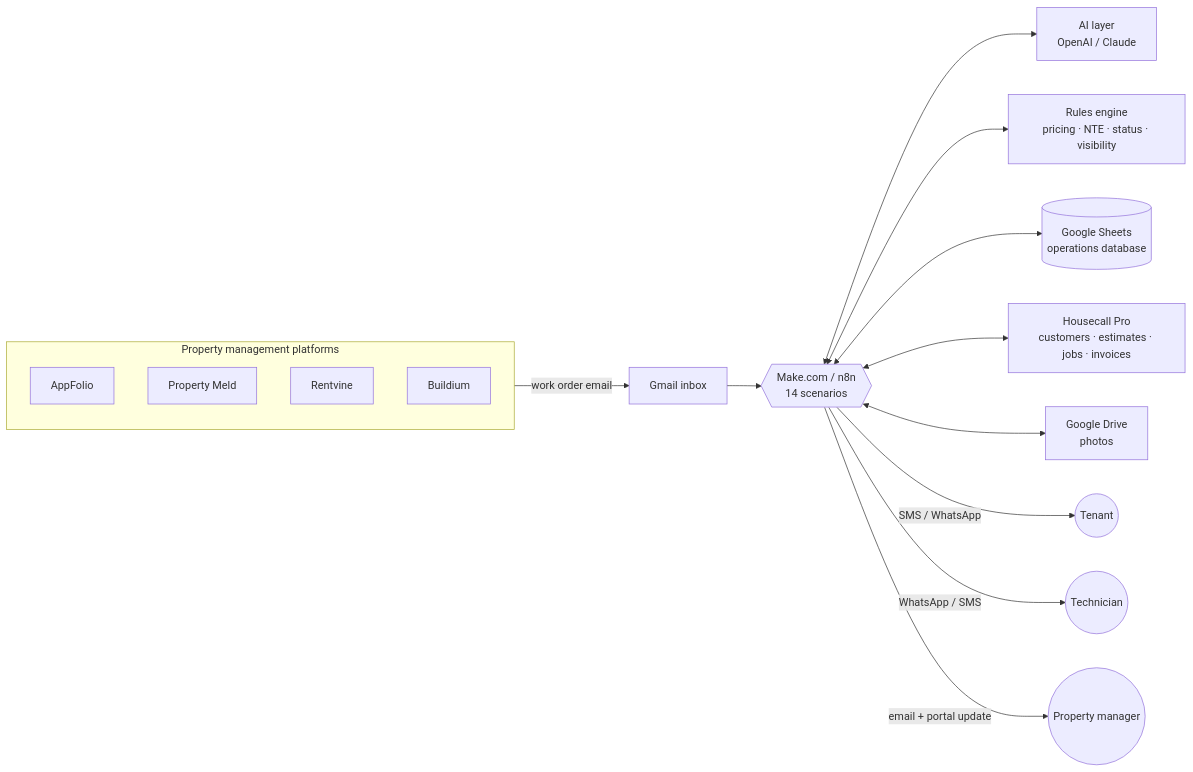
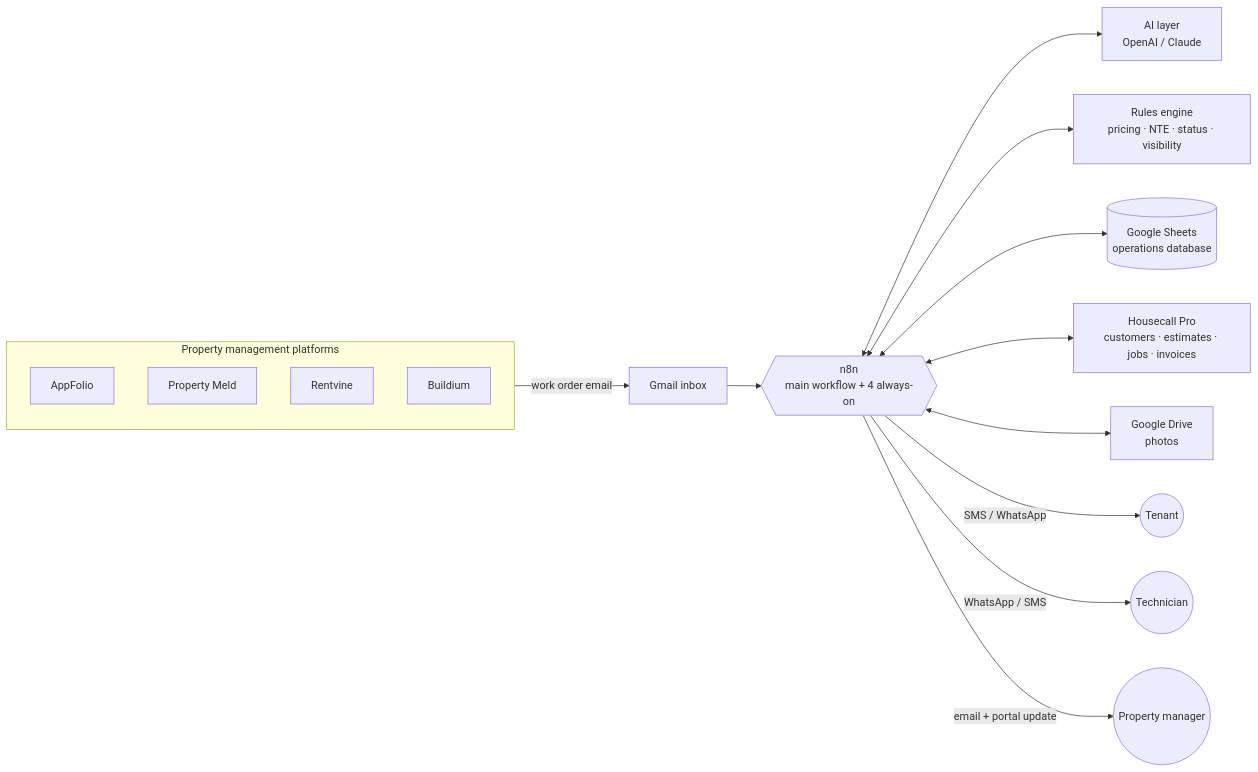
Before and after one commit to mariafe-jmbrandify/ai-property-maintenance-automation: the first of 2 diagrams in README.md, drawn with Mermaid. The commit also changed other lines of this file and 35 other files, not shown here.

````diff
--- a/README.md
+++ b/README.md
@@ -47,16 +47,16 @@
 ```mermaid
 flowchart LR
     subgraph PM["Property management platforms"]
         AF[AppFolio] & PMe[Property Meld] & RV[Rentvine] & BU[Buildium]
     end
     PM -->|work order email| GM[Gmail inbox]
-    GM --> MK{{Make.com / n8n<br/>14 scenarios}}
+    GM --> MK{{n8n<br/>main workflow + 4 always-on}}
     MK <--> AI[AI layer<br/>OpenAI / Claude]
     MK <--> RE[Rules engine<br/>pricing · NTE · status · visibility]
     MK <--> GS[(Google Sheets<br/>operations database)]
     MK <--> HCP[Housecall Pro<br/>customers · estimates · jobs · invoices]
     MK <--> GD[Google Drive<br/>photos]
     MK -->|SMS / WhatsApp| T((Tenant))
     MK -->|WhatsApp / SMS| TE((Technician))
     MK -->|email + portal update| PMC((Property manager))
 ```
````
